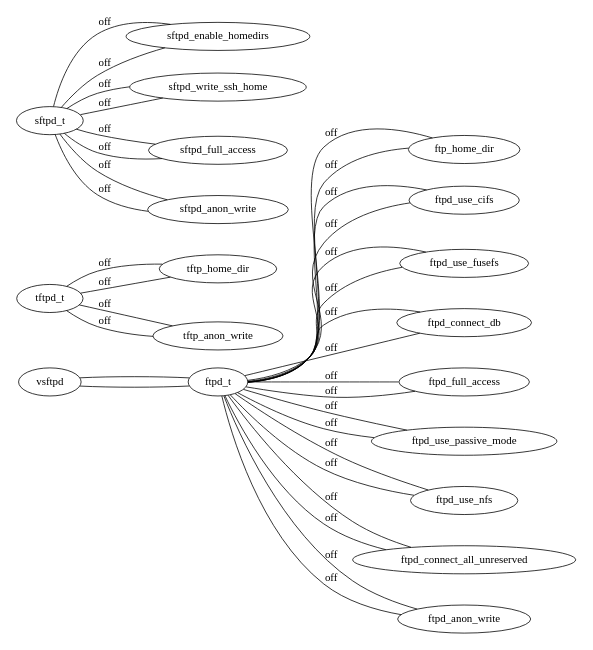
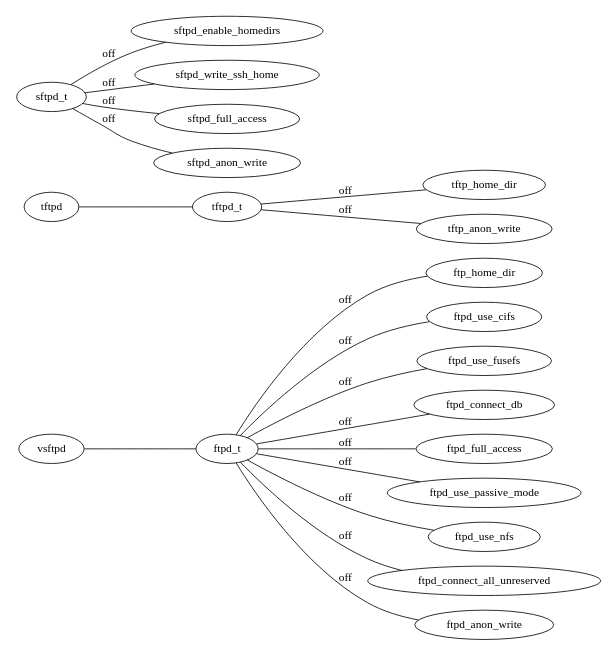
The diagram in ftpt1.gv (mikejl/SII-visual), drawn with Graphviz before and after one commit. The commit also changed 19 other files, not shown here.

```diff
--- a/ftpt1.gv
+++ b/ftpt1.gv
@@ -1,101 +1,55 @@
 // None
 graph {
 rankdir=LR
 size="8,5"
 	vsftpd
 	ftpd_t
 		vsftpd -- ftpd_t
 	ftp_home_dir
 	ftpd_t
 		ftpd_t -- ftp_home_dir [label=off]
 	ftpd_use_cifs
 	ftpd_t
 		ftpd_t -- ftpd_use_cifs [label=off]
 	ftpd_use_fusefs
 	ftpd_t
 		ftpd_t -- ftpd_use_fusefs [label=off]
 	ftpd_connect_db
 	ftpd_t
 		ftpd_t -- ftpd_connect_db [label=off]
 	ftpd_full_access
 	ftpd_t
 		ftpd_t -- ftpd_full_access [label=off]
 	tftp_home_dir
 	tftpd_t
 		tftpd_t -- tftp_home_dir [label=off]
 	sftpd_enable_homedirs
 	sftpd_t
 		sftpd_t -- sftpd_enable_homedirs [label=off]
 	ftpd_use_passive_mode
 	ftpd_t
 		ftpd_t -- ftpd_use_passive_mode [label=off]
 	sftpd_write_ssh_home
 	sftpd_t
 		sftpd_t -- sftpd_write_ssh_home [label=off]
 	ftpd_use_nfs
 	ftpd_t
 		ftpd_t -- ftpd_use_nfs [label=off]
 	ftpd_connect_all_unreserved
 	ftpd_t
 		ftpd_t -- ftpd_connect_all_unreserved [label=off]
 	sftpd_full_access
 	sftpd_t
 		sftpd_t -- sftpd_full_access [label=off]
 	tftp_anon_write
 	tftpd_t
 		tftpd_t -- tftp_anon_write [label=off]
 	ftpd_anon_write
 	ftpd_t
 		ftpd_t -- ftpd_anon_write [label=off]
 	sftpd_anon_write
 	sftpd_t
 		sftpd_t -- sftpd_anon_write [label=off]
-	vsftpd
-	ftpd_t
-		vsftpd -- ftpd_t
-	ftp_home_dir
-	ftpd_t
-		ftpd_t -- ftp_home_dir [label=off]
-	ftpd_use_cifs
-	ftpd_t
-		ftpd_t -- ftpd_use_cifs [label=off]
-	ftpd_use_fusefs
-	ftpd_t
-		ftpd_t -- ftpd_use_fusefs [label=off]
-	ftpd_connect_db
-	ftpd_t
-		ftpd_t -- ftpd_connect_db [label=off]
-	ftpd_full_access
-	ftpd_t
-		ftpd_t -- ftpd_full_access [label=off]
-	tftp_home_dir
-	tftpd_t
-		tftpd_t -- tftp_home_dir [label=off]
-	sftpd_enable_homedirs
-	sftpd_t
-		sftpd_t -- sftpd_enable_homedirs [label=off]
-	ftpd_use_passive_mode
-	ftpd_t
-		ftpd_t -- ftpd_use_passive_mode [label=off]
-	sftpd_write_ssh_home
-	sftpd_t
-		sftpd_t -- sftpd_write_ssh_home [label=off]
-	ftpd_use_nfs
-	ftpd_t
-		ftpd_t -- ftpd_use_nfs [label=off]
-	ftpd_connect_all_unreserved
-	ftpd_t
-		ftpd_t -- ftpd_connect_all_unreserved [label=off]
-	sftpd_full_access
-	sftpd_t
-		sftpd_t -- sftpd_full_access [label=off]
-	tftp_anon_write
-	tftpd_t
-		tftpd_t -- tftp_anon_write [label=off]
-	ftpd_anon_write
-	ftpd_t
-		ftpd_t -- ftpd_anon_write [label=off]
-	sftpd_anon_write
-	sftpd_t
-		sftpd_t -- sftpd_anon_write [label=off]
+	tftpd
+		tftpd -- tftpd_t
 }
```
